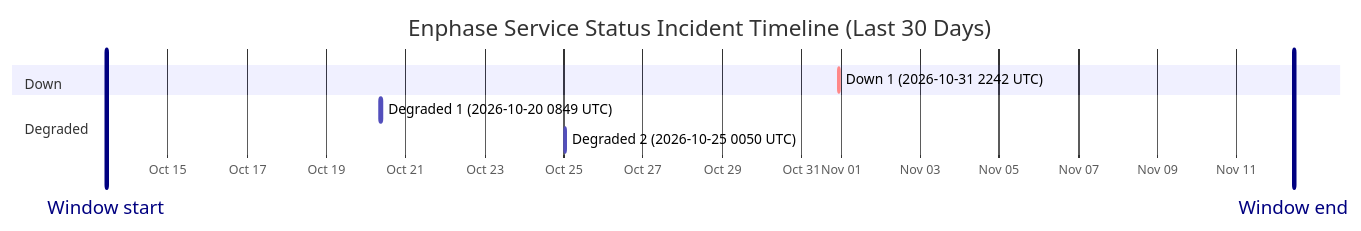
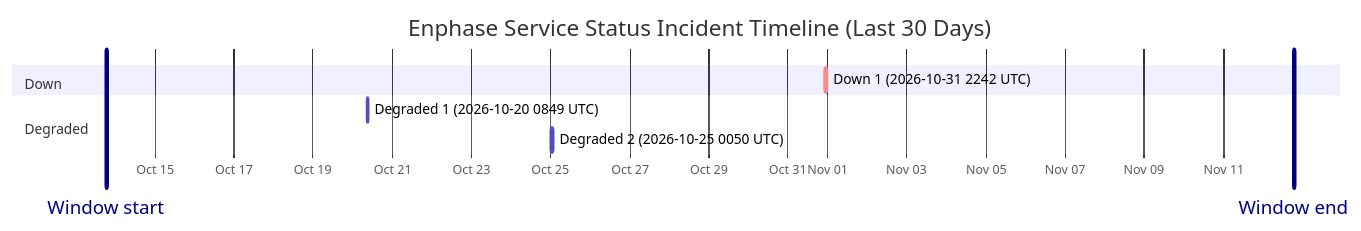
The diagram in wiki/Service-Status-History.md (barneyonline/ha-enphase-energy), drawn with Mermaid before and after one commit. The commit also changed other lines of this file and 3 other files, not shown here.

````diff
--- a/wiki/Service-Status-History.md
+++ b/wiki/Service-Status-History.md
@@ -14,13 +14,13 @@
 ```mermaid
 gantt
     title Enphase Service Status Incident Timeline (Last 30 Days)
     dateFormat  YYYY-MM-DDTHH:mm:ss
     axisFormat  %b %d
-    Window start :vert, window-start, 2026-10-13T10:39:18, 0ms
-    Window end :vert, window-end, 2026-11-12T10:39:18, 0ms
+    Window start :vert, window-start, 2026-10-13T18:40:57, 0ms
+    Window end :vert, window-end, 2026-11-12T18:40:57, 0ms
     section Down
     Down 1 (2026-10-31 2242 UTC) :crit, down-1, 2026-10-31T22:42:18, 60m
     section Degraded
     Degraded 1 (2026-10-20 0849 UTC) :active, degraded-1, 2026-10-20T08:49:49, 60m
     Degraded 2 (2026-10-25 0050 UTC) :active, degraded-2, 2026-10-25T00:50:01, 60m
 ```
````
